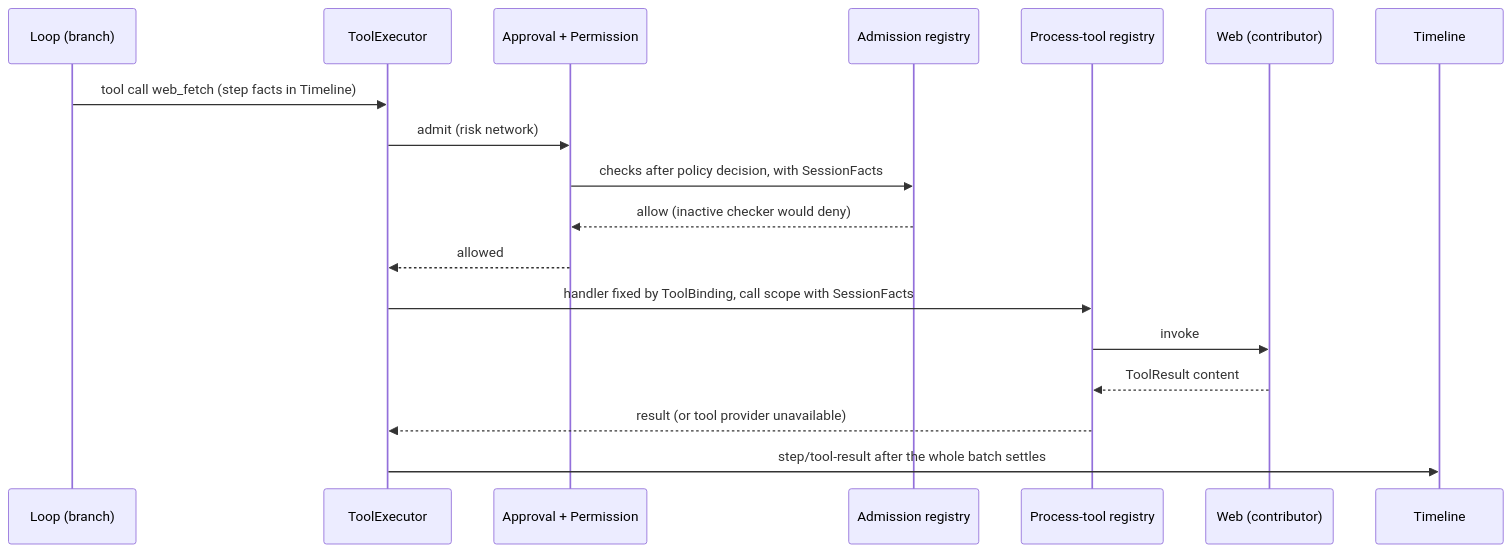
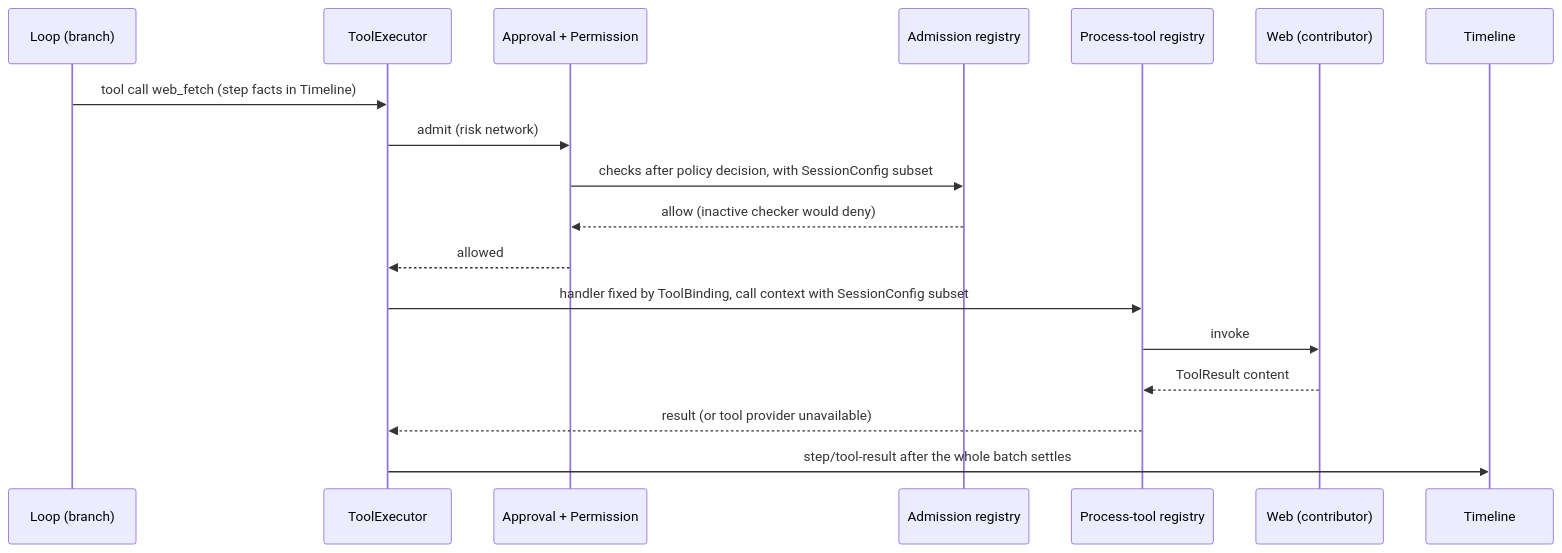
One commit to CoutinhoTTS/dim-agent changed the fourth of 9 diagrams in docs/design/overview.md. Above: the diagram before and after it, drawn with Mermaid. The commit also changed other lines of this file, not shown here.

````diff
--- a/docs/design/overview.md
+++ b/docs/design/overview.md
@@ -185,20 +185,20 @@
 ```mermaid
 sequenceDiagram
   participant LP as Loop (branch)
   participant TE as ToolExecutor
   participant AP as Approval + Permission
   participant AR as Admission registry
   participant TR as Process-tool registry
   participant Web as Web (contributor)
   participant TL as Timeline
   LP->>TE: tool call web_fetch (step facts in Timeline)
   TE->>AP: admit (risk network)
-  AP->>AR: checks after policy decision, with SessionFacts
+  AP->>AR: checks after policy decision, with SessionConfig subset
   AR-->>AP: allow (inactive checker would deny)
   AP-->>TE: allowed
-  TE->>TR: handler fixed by ToolBinding, call scope with SessionFacts
+  TE->>TR: handler fixed by ToolBinding, call context with SessionConfig subset
   TR->>Web: invoke
   Web-->>TR: ToolResult content
   TR-->>TE: result (or tool provider unavailable)
   TE->>TL: step/tool-result after the whole batch settles
 ```
````
